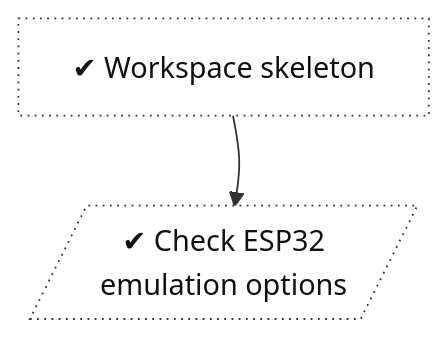
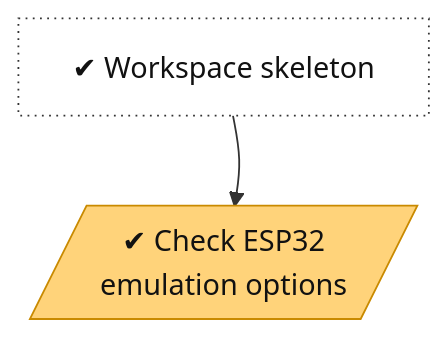
Before and after one commit to lhns/embedded-browser: the diagram in docs/roadmap/tracks/ci.md, drawn with Mermaid. The commit also changed other lines of this file and 4 other files, not shown here.

Commit message:
Roadmap: owner-confirmed ratings for the M0 spikes

````diff
--- a/docs/roadmap/tracks/ci.md
+++ b/docs/roadmap/tracks/ci.md
@@ -10,22 +10,23 @@
 ```mermaid
 flowchart TB
     ci_workspace_skeleton["✔ Workspace skeleton"]
     ci_emulation_check[/"✔ Check ESP32<br/>emulation options"/]
     ci_workspace_skeleton ~~~ ci_emulation_check
     ci_workspace_skeleton --> ci_emulation_check
     classDef vsucc fill:#2e9e4f,stroke:#1b6b34,color:#fff
     classDef succ fill:#bfe8c8,stroke:#2e9e4f,color:#111
     classDef mixed fill:#ffd37a,stroke:#c98a00,color:#111
     classDef bad fill:#f28b82,stroke:#b3261e,color:#111
     classDef dead fill:#e6e6e6,stroke:#777,stroke-dasharray:5 5,color:#555
     classDef inprog fill:#a8cdf5,stroke:#1f6fc5,color:#111
     classDef next fill:#fff,stroke:#333,color:#111
     classDef blocked fill:#fff,stroke:#b3261e,stroke-dasharray:2 2,color:#111
     classDef parked fill:#f3f3f3,stroke:#999,color:#555
     classDef unrated fill:#fff,stroke:#333,stroke-dasharray:1 3,color:#111
     classDef gate fill:#d9c2f0,stroke:#7b3fb5,color:#111
     classDef decided fill:#ece0f7,stroke:#7b3fb5,stroke-dasharray:2 2,color:#111
     classDef finding fill:#ffe0b2,stroke:#d84315,stroke-width:2px,color:#111
     classDef waiting fill:#e3f2fd,stroke:#1f6fc5,stroke-dasharray:5 5,color:#111
-    class ci_workspace_skeleton,ci_emulation_check unrated
+    class ci_workspace_skeleton unrated
+    class ci_emulation_check mixed
 ```
````
